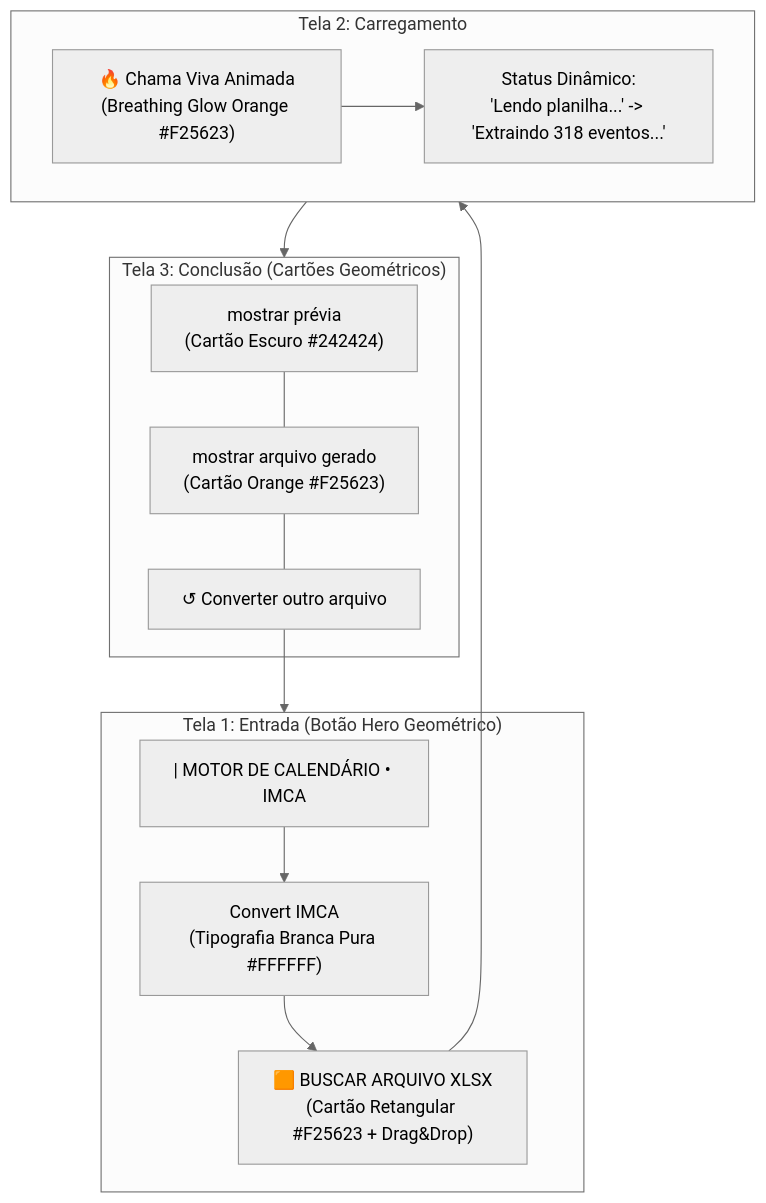
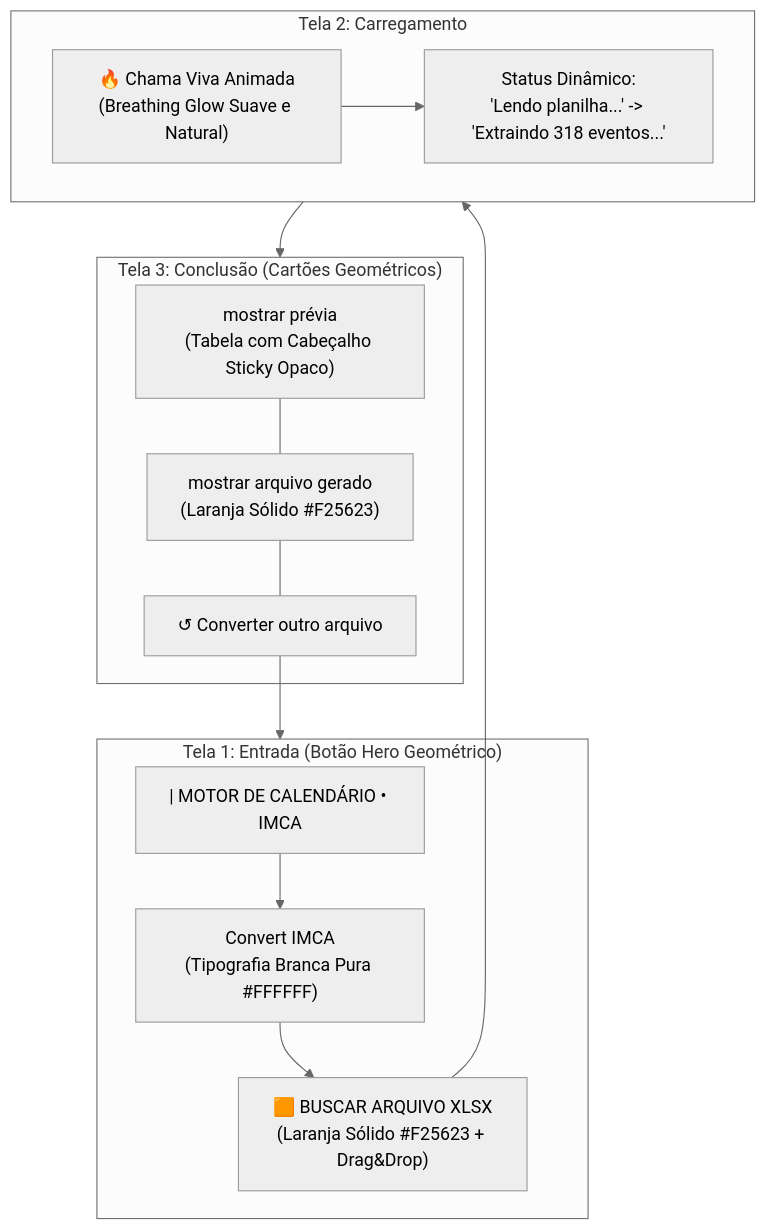
Before and after one commit to DevolperGdSL/Convert_IMCA: the third of 3 diagrams in DOCUMENTACAO.md, drawn with Mermaid (neutral theme). The commit also changed other lines of this file and 8 other files, not shown here.

Commit message:
feat(v1.5.0): correcao do scroll da tabela com header opaco, cor solida #F25623 unificada e atenuacao de glow

````diff
--- a/DOCUMENTACAO.md
+++ b/DOCUMENTACAO.md
@@ -385,26 +383,26 @@
 ```mermaid
 flowchart TD
     subgraph Tela1 ["Tela 1: Entrada (Botão Hero Geométrico)"]
         Tag["| MOTOR DE CALENDÁRIO • IMCA"]
         T1["Convert IMCA\n(Tipografia Branca Pura #FFFFFF)"]
-        Hero["🟧 BUSCAR ARQUIVO XLSX\n(Cartão Retangular #F25623 + Drag&Drop)"]
+        Hero["🟧 BUSCAR ARQUIVO XLSX\n(Laranja Sólido #F25623 + Drag&Drop)"]
         Tag --> T1 --> Hero
     end
 
     subgraph Tela2 ["Tela 2: Carregamento"]
-        F2["🔥 Chama Viva Animada\n(Breathing Glow Orange #F25623)"]
+        F2["🔥 Chama Viva Animada\n(Breathing Glow Suave e Natural)"]
         S2["Status Dinâmico:\n'Lendo planilha...' -> 'Extraindo 318 eventos...'"]
         F2 --> S2
     end
 
     subgraph Tela3 ["Tela 3: Conclusão (Cartões Geométricos)"]
-        R1["mostrar prévia\n(Cartão Escuro #242424)"]
-        R2["mostrar arquivo gerado\n(Cartão Orange #F25623)"]
+        R1["mostrar prévia\n(Tabela com Cabeçalho Sticky Opaco)"]
+        R2["mostrar arquivo gerado\n(Laranja Sólido #F25623)"]
         R3["↺ Converter outro arquivo"]
         R1 --- R2 --- R3
     end
 
     Hero --> Tela2
     Tela2 --> Tela3
     R3 --> Tela1
 ```
````
